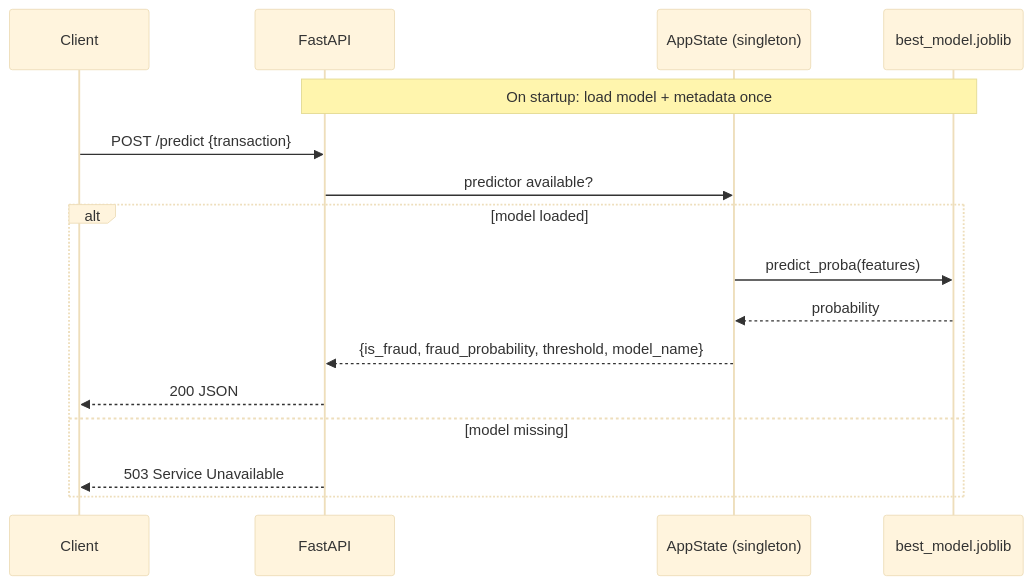
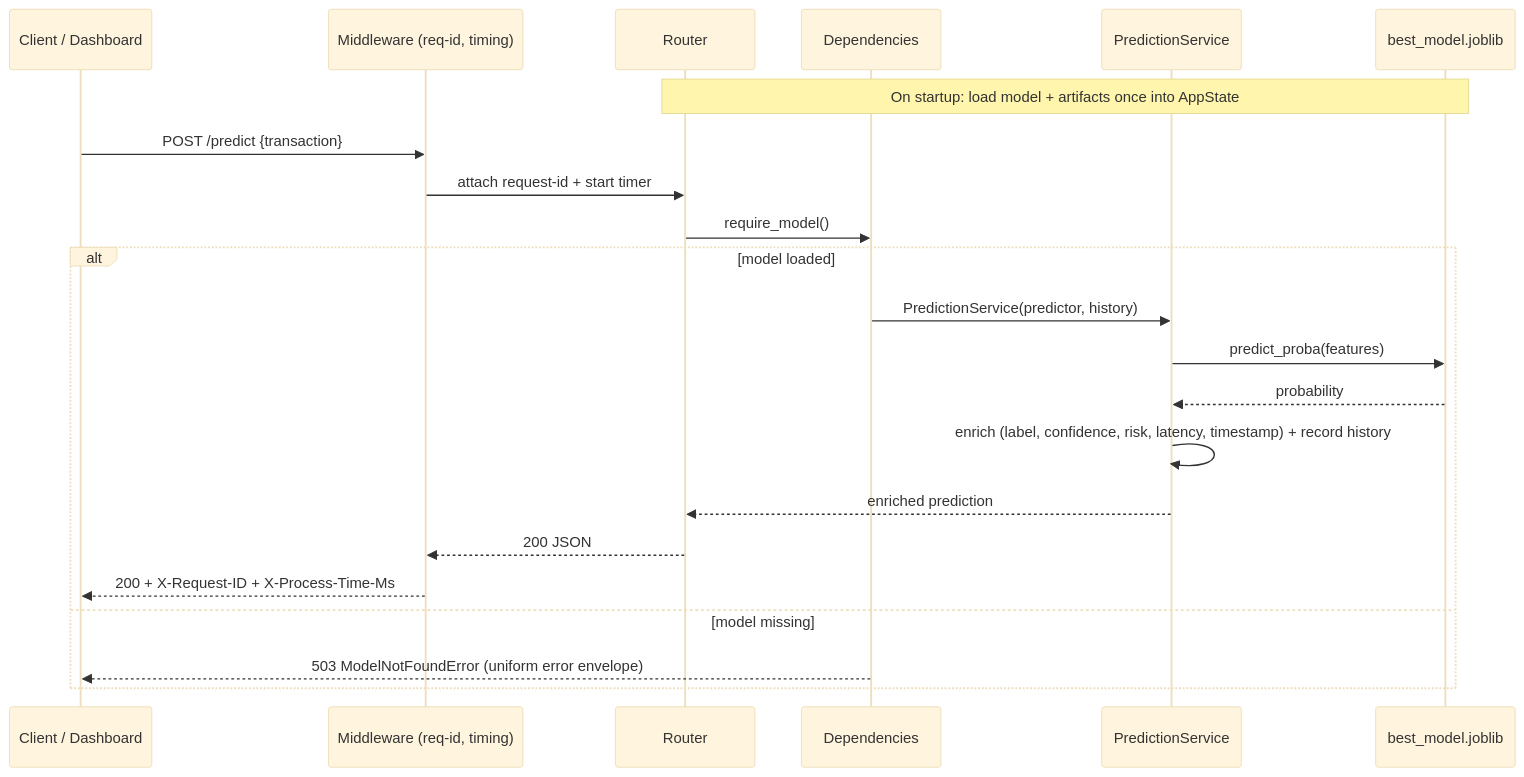
One commit to MohdMudassirPasha/credit-card-fraud-detection changed the fourth of 5 diagrams in docs/architecture.md. Above: the diagram before and after it, drawn with Mermaid (base theme). The commit also changed other lines of this file and 22 other files, not shown here.

Commit message:
Complete project documentation, dashboard, API and tests

````diff
--- a/docs/architecture.md
+++ b/docs/architecture.md
@@ -79,19 +121,25 @@
 ```mermaid
 sequenceDiagram
-    participant Client
-    participant API as FastAPI
-    participant State as AppState (singleton)
+    participant Client as Client / Dashboard
+    participant MW as Middleware (req-id, timing)
+    participant API as Router
+    participant DI as Dependencies
+    participant PS as PredictionService
     participant Model as best_model.joblib
 
-    Note over API,Model: On startup: load model + metadata once
-    Client->>API: POST /predict {transaction}
-    API->>State: predictor available?
+    Note over API,Model: On startup: load model + artifacts once into AppState
+    Client->>MW: POST /predict {transaction}
+    MW->>API: attach request-id + start timer
+    API->>DI: require_model()
     alt model loaded
-        State->>Model: predict_proba(features)
-        Model-->>State: probability
-        State-->>API: {is_fraud, fraud_probability, threshold, model_name}
-        API-->>Client: 200 JSON
+        DI->>PS: PredictionService(predictor, history)
+        PS->>Model: predict_proba(features)
+        Model-->>PS: probability
+        PS->>PS: enrich (label, confidence, risk, latency, timestamp) + record history
+        PS-->>API: enriched prediction
+        API-->>MW: 200 JSON
+        MW-->>Client: 200 + X-Request-ID + X-Process-Time-Ms
     else model missing
-        API-->>Client: 503 Service Unavailable
+        DI-->>Client: 503 ModelNotFoundError (uniform error envelope)
     end
 ```
````
